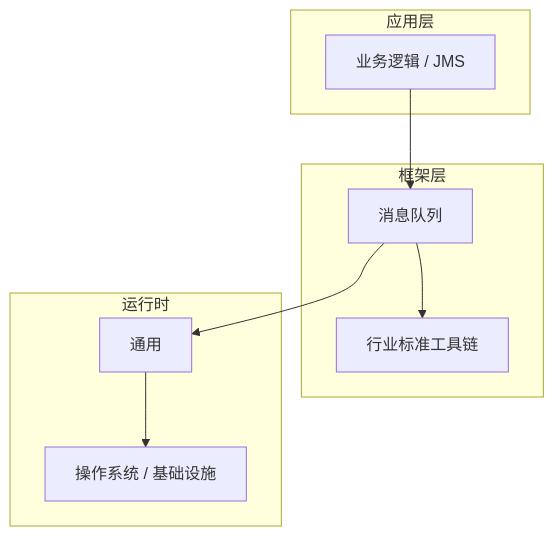
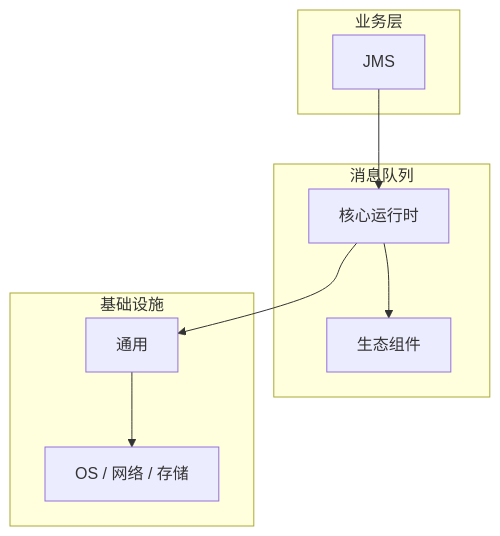
Before and after one commit to yanggan2015/knowledge-json-v2: the diagram in articles/消息队列/chapters/008-JMS核心概念与原理.md, drawn with Mermaid. The commit also changed other lines of this file and 10127 other files, not shown here.

````diff
--- a/articles/消息队列/chapters/008-JMS核心概念与原理.md
+++ b/articles/消息队列/chapters/008-JMS核心概念与原理.md
@@ -45,18 +34,18 @@
 ```mermaid
 graph TB
-    subgraph 应用层
-        A[业务逻辑 / JMS]
+    subgraph 业务层
+        A[JMS]
     end
-    subgraph 框架层
-        B[消息队列]
-        C[行业标准工具链]
+    subgraph 消息队列
+        B[核心运行时]
+        C[生态组件]
     end
-    subgraph 运行时
+    subgraph 基础设施
         D[通用]
-        E[操作系统 / 基础设施]
+        E[OS / 网络 / 存储]
     end
     A --> B
     B --> C
     B --> D
     D --> E
 ```
````
